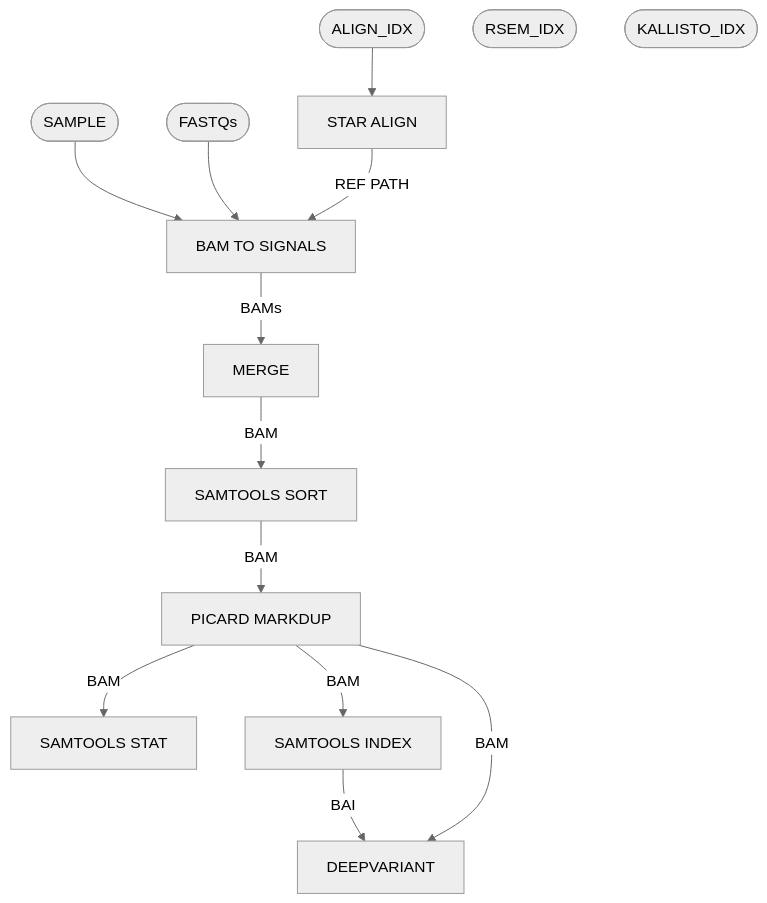
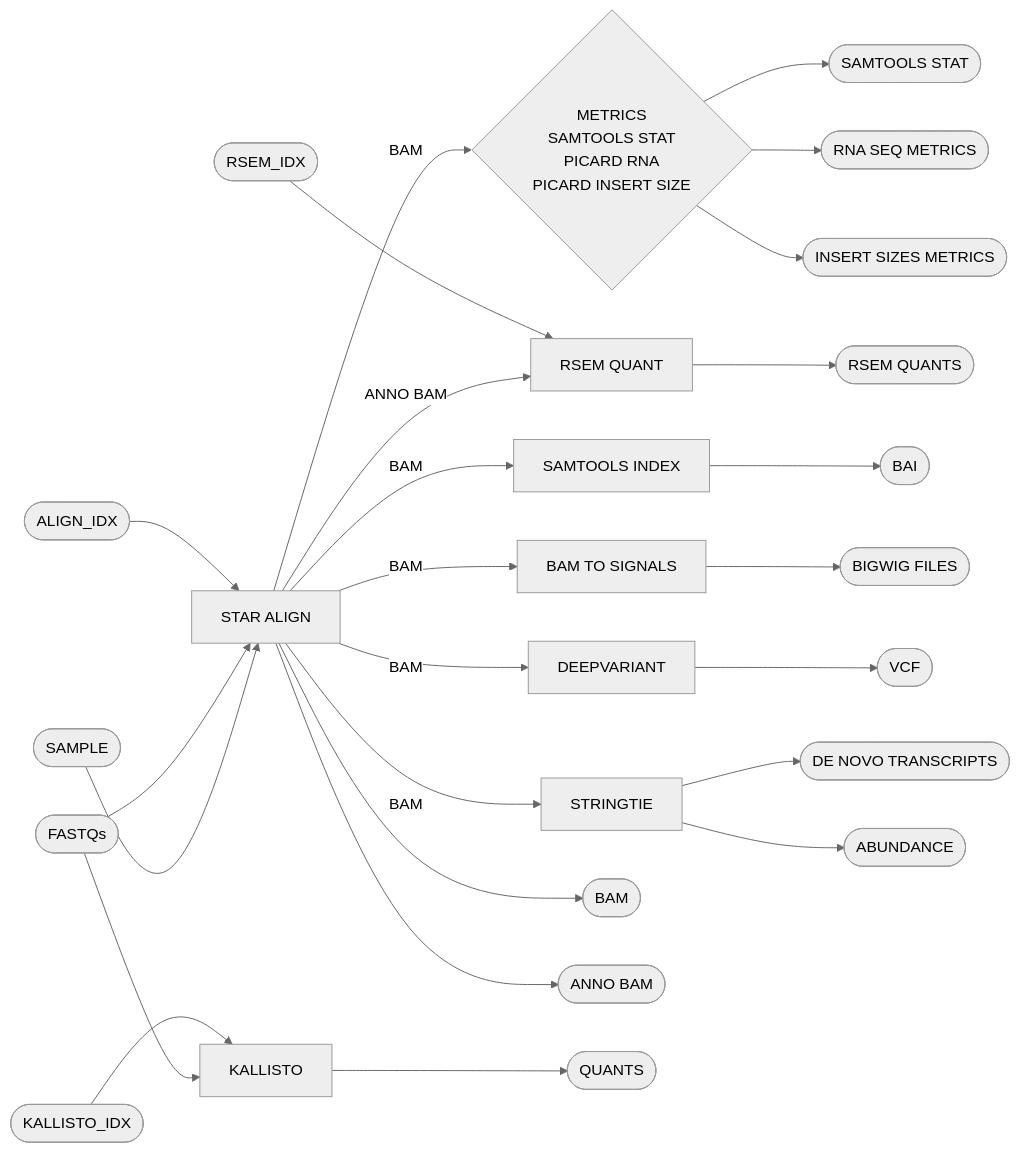
The diagram in wdl/pipelines/rna/bulk.doc.md (genome/cig-pipelines), drawn with Mermaid (neutral theme) before and after one commit. The commit also changed other lines of this file, not shown here.

````diff
--- a/wdl/pipelines/rna/bulk.doc.md
+++ b/wdl/pipelines/rna/bulk.doc.md
@@ -6,27 +6,39 @@
 ```mermaid
-  flowchart TB;
+  flowchart LR;
       i1([SAMPLE]);
       i2([FASTQs]);
       i3([ALIGN_IDX]);
       i4([RSEM_IDX]);
       i5([KALLISTO_IDX]);
+
       s1[STAR ALIGN];
-      s2[BAM TO SIGNALS];
-      s3[STRINGTIE];
+      s11{METRICS\nSAMTOOLS STAT\nPICARD RNA\nPICARD INSERT SIZE};
+      s12[SAMTOOLS INDEX];
+      s21[BAM TO SIGNALS];
+      s31[RSEM QUANT];
+      s51[DEEPVARIANT];
+      s61[STRINGTIE];
+      s71[KALLISTO];
 
-      s3[MERGE];
-      s4[SAMTOOLS SORT];
-      s5[PICARD MARKDUP];
-      s6[SAMTOOLS STAT];
-      s7[SAMTOOLS INDEX];
-      s8[DEEPVARIANT];
-      i3-->s1;
-      i1-->s2; i2-->s2; s1--REF PATH-->s2;
-      s2--BAMs-->s3;
-      s3--BAM-->s4;
-      s4--BAM-->s5;
-      s5--BAM-->s6;
-      s5--BAM-->s7;
-      s7--BAI-->s8;
-      s5--BAM-->s8;
+      o1([BAM]);
+      o2([ANNO BAM]);
+      o11a([SAMTOOLS STAT]);
+      o11b([RNA SEQ METRICS]);
+      o11c([INSERT SIZES METRICS]);
+      o12([BAI]);
+      o21([BIGWIG FILES]);
+      o31([RSEM QUANTS]);
+      o51([VCF]);
+      o61([DE NOVO TRANSCRIPTS]);
+      o62([ABUNDANCE]);
+      o71([QUANTS]);
+
+      i1-->s1; i2-->s1; i3-->s1; s1-->o1; s1-->o2;
+      s1--BAM-->s11; s11-->o11a; s11-->o11b; s11-->o11c;
+      s1--BAM-->s12; s12-->o12;
+      s1--BAM-->s21; s21-->o21;
+      s1--ANNO BAM-->s31; i4-->s31; s31-->o31;
+      s1--BAM-->s51; s51-->o51;
+      s1--BAM-->s61; s61-->o61; s61-->o62;
+      i2-->s71; i5-->s71; s71-->o71
 ```
````
